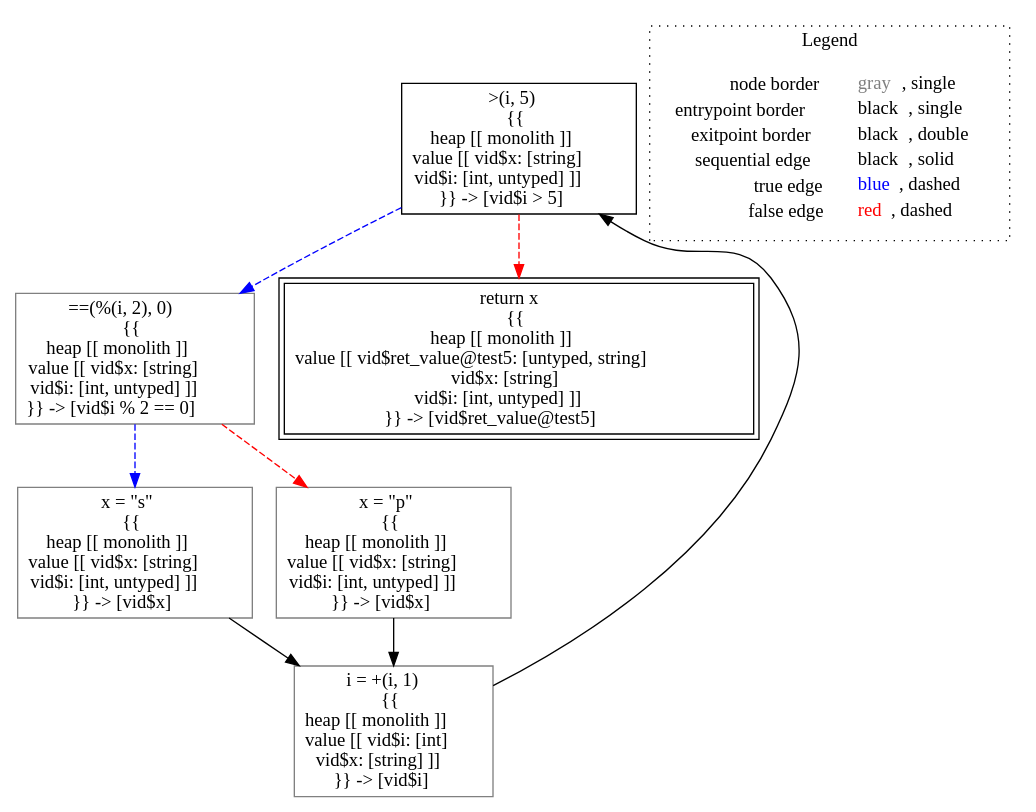
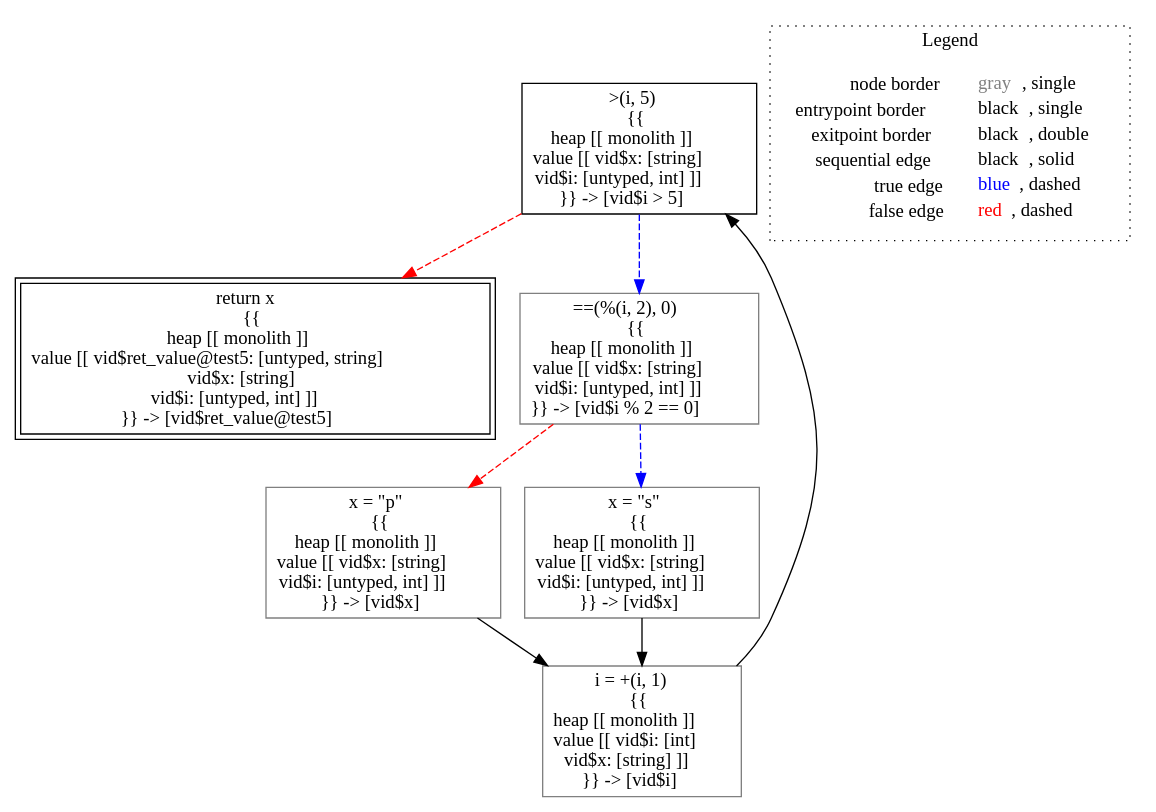
One commit to lisa-analyzer/lisa changed the diagram in lisa/imp-testcases/type-inference/typing___untyped_test5(untyped_i).dot. Above: the diagram before and after it, drawn with Graphviz. The commit also changed 6 other files, not shown here.

```diff
--- a/lisa/imp-testcases/type-inference/typing___untyped_test5(untyped_i).dot
+++ b/lisa/imp-testcases/type-inference/typing___untyped_test5(untyped_i).dot
@@ -1,22 +1,22 @@
 digraph {
-	"node0" [shape="rect",color="black",label=<&gt;(i, 5)<BR/>{{<BR/>heap [[ monolith ]]<BR/>value [[ vid$x: [string]<BR/>vid$i: [int, untyped] ]]<BR/>}} -&gt; [vid$i &gt; 5]>];
-	"node1" [shape="rect",color="gray",label=<x = &quot;s&quot;<BR/>{{<BR/>heap [[ monolith ]]<BR/>value [[ vid$x: [string]<BR/>vid$i: [int, untyped] ]]<BR/>}} -&gt; [vid$x]>];
-	"node2" [shape="rect",color="gray",label=<x = &quot;p&quot;<BR/>{{<BR/>heap [[ monolith ]]<BR/>value [[ vid$x: [string]<BR/>vid$i: [int, untyped] ]]<BR/>}} -&gt; [vid$x]>];
-	"node3" [shape="rect",color="gray",label=<==(%(i, 2), 0)<BR/>{{<BR/>heap [[ monolith ]]<BR/>value [[ vid$x: [string]<BR/>vid$i: [int, untyped] ]]<BR/>}} -&gt; [vid$i % 2 == 0]>];
-	"node4" [shape="rect",color="gray",label=<i = +(i, 1)<BR/>{{<BR/>heap [[ monolith ]]<BR/>value [[ vid$i: [int]<BR/>vid$x: [string] ]]<BR/>}} -&gt; [vid$i]>];
-	"node5" [shape="rect",color="black",peripheries="2",label=<return x<BR/>{{<BR/>heap [[ monolith ]]<BR/>value [[ vid$ret_value@test5: [untyped, string]<BR/>vid$x: [string]<BR/>vid$i: [int, untyped] ]]<BR/>}} -&gt; [vid$ret_value@test5]>];
-	"node1" -> "node4" [color="black"];
-	"node0" -> "node3" [color="blue",style="dashed"];
-	"node0" -> "node5" [color="red",style="dashed"];
-	"node2" -> "node4" [color="black"];
-	"node3" -> "node1" [color="blue",style="dashed"];
-	"node3" -> "node2" [color="red",style="dashed"];
-	"node4" -> "node0" [color="black"];
+	"node0" [shape="rect",color="black",label=<&gt;(i, 5)<BR/>{{<BR/>heap [[ monolith ]]<BR/>value [[ vid$x: [string]<BR/>vid$i: [untyped, int] ]]<BR/>}} -&gt; [vid$i &gt; 5]>];
+	"node1" [shape="rect",color="gray",label=<x = &quot;p&quot;<BR/>{{<BR/>heap [[ monolith ]]<BR/>value [[ vid$x: [string]<BR/>vid$i: [untyped, int] ]]<BR/>}} -&gt; [vid$x]>];
+	"node2" [shape="rect",color="gray",label=<i = +(i, 1)<BR/>{{<BR/>heap [[ monolith ]]<BR/>value [[ vid$i: [int]<BR/>vid$x: [string] ]]<BR/>}} -&gt; [vid$i]>];
+	"node3" [shape="rect",color="black",peripheries="2",label=<return x<BR/>{{<BR/>heap [[ monolith ]]<BR/>value [[ vid$ret_value@test5: [untyped, string]<BR/>vid$x: [string]<BR/>vid$i: [untyped, int] ]]<BR/>}} -&gt; [vid$ret_value@test5]>];
+	"node4" [shape="rect",color="gray",label=<x = &quot;s&quot;<BR/>{{<BR/>heap [[ monolith ]]<BR/>value [[ vid$x: [string]<BR/>vid$i: [untyped, int] ]]<BR/>}} -&gt; [vid$x]>];
+	"node5" [shape="rect",color="gray",label=<==(%(i, 2), 0)<BR/>{{<BR/>heap [[ monolith ]]<BR/>value [[ vid$x: [string]<BR/>vid$i: [untyped, int] ]]<BR/>}} -&gt; [vid$i % 2 == 0]>];
+	"node1" -> "node2" [color="black"];
+	"node0" -> "node3" [color="red",style="dashed"];
+	"node0" -> "node5" [color="blue",style="dashed"];
+	"node2" -> "node0" [color="black"];
+	"node4" -> "node2" [color="black"];
+	"node5" -> "node1" [color="red",style="dashed"];
+	"node5" -> "node4" [color="blue",style="dashed"];
 subgraph cluster_legend {
 	label="Legend";
 	style=dotted;
 	node [shape=plaintext];
 	"legend" [label=<<table border="0" cellpadding="2" cellspacing="0" cellborder="0"><tr><td align="right">node border&nbsp;</td><td align="left"><font color="gray">gray</font>, single</td></tr><tr><td align="right">entrypoint border&nbsp;</td><td align="left"><font color="black">black</font>, single</td></tr><tr><td align="right">exitpoint border&nbsp;</td><td align="left"><font color="black">black</font>, double</td></tr><tr><td align="right">sequential edge&nbsp;</td><td align="left"><font color="black">black</font>, solid</td></tr><tr><td align="right">true edge&nbsp;</td><td align="left"><font color="blue">blue</font>, dashed</td></tr><tr><td align="right">false edge&nbsp;</td><td align="left"><font color="red">red</font>, dashed</td></tr></table>>];
 }
 
 }
```
